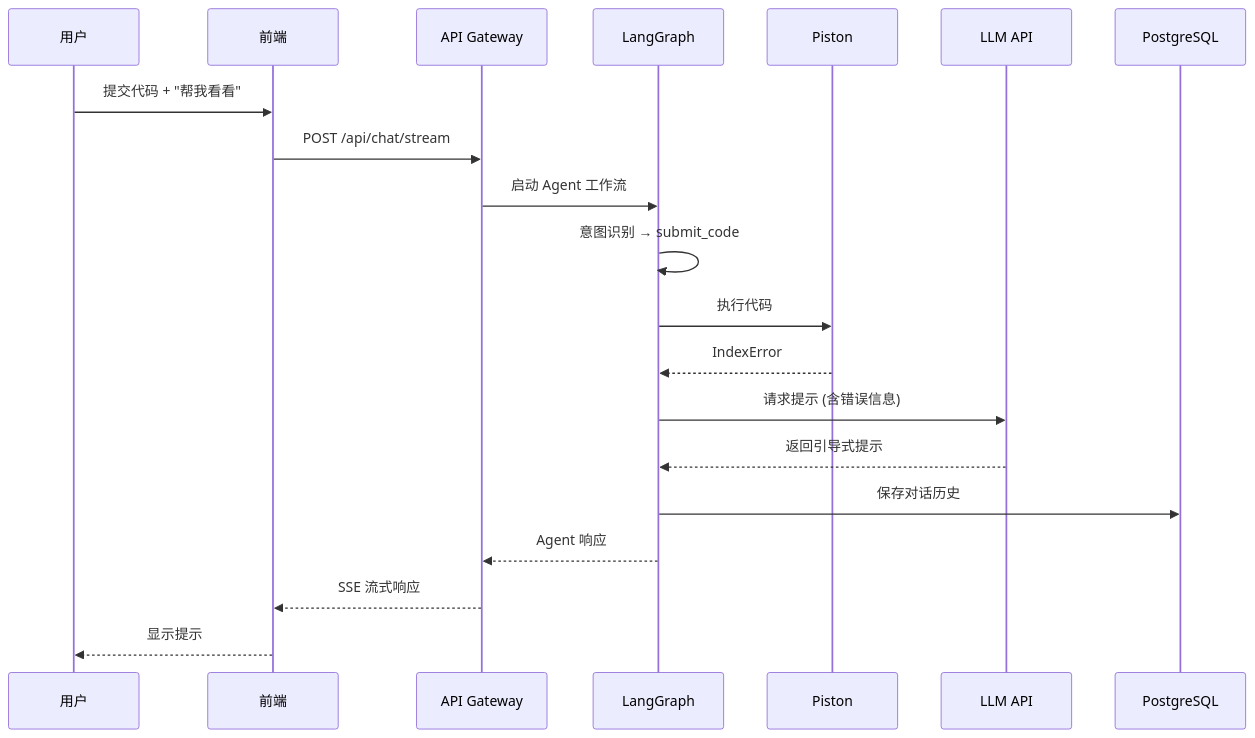
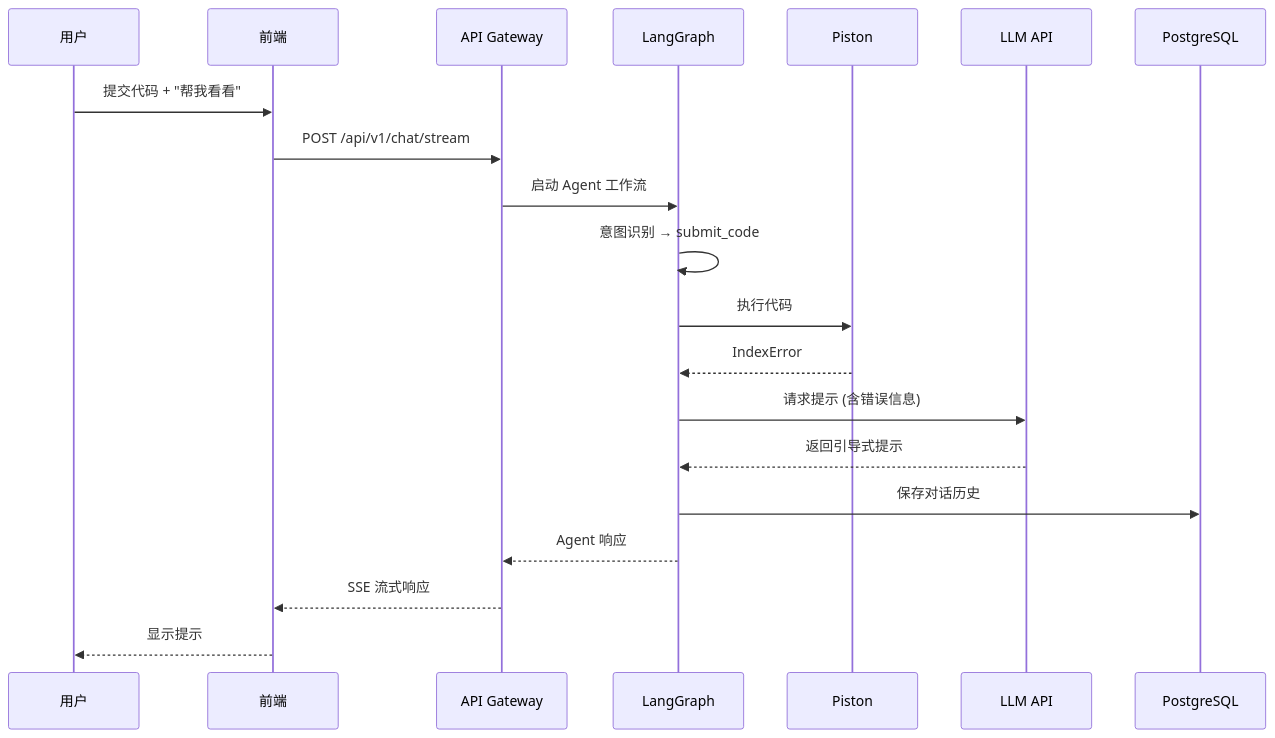
One commit to tomslong/Algostone changed the fourth of 5 diagrams in docs/ARCHITECTURE.md. Above: the diagram before and after it, drawn with Mermaid. The commit also changed other lines of this file and 3 other files, not shown here.

````diff
--- a/docs/ARCHITECTURE.md
+++ b/docs/ARCHITECTURE.md
@@ -338,27 +363,27 @@
 ```mermaid
 sequenceDiagram
     participant U as 用户
     participant F as 前端
     participant A as API Gateway
     participant L as LangGraph
     participant P as Piston
     participant M as LLM API
     participant D as PostgreSQL
 
     U->>F: 提交代码 + "帮我看看"
-    F->>A: POST /api/chat/stream
+    F->>A: POST /api/v1/chat/stream
 
     A->>L: 启动 Agent 工作流
     L->>L: 意图识别 → submit_code
 
     L->>P: 执行代码
     P-->>L: IndexError
 
     L->>M: 请求提示 (含错误信息)
     M-->>L: 返回引导式提示
 
     L->>D: 保存对话历史
     L-->>A: Agent 响应
     A-->>F: SSE 流式响应
     F-->>U: 显示提示
 ```
````
